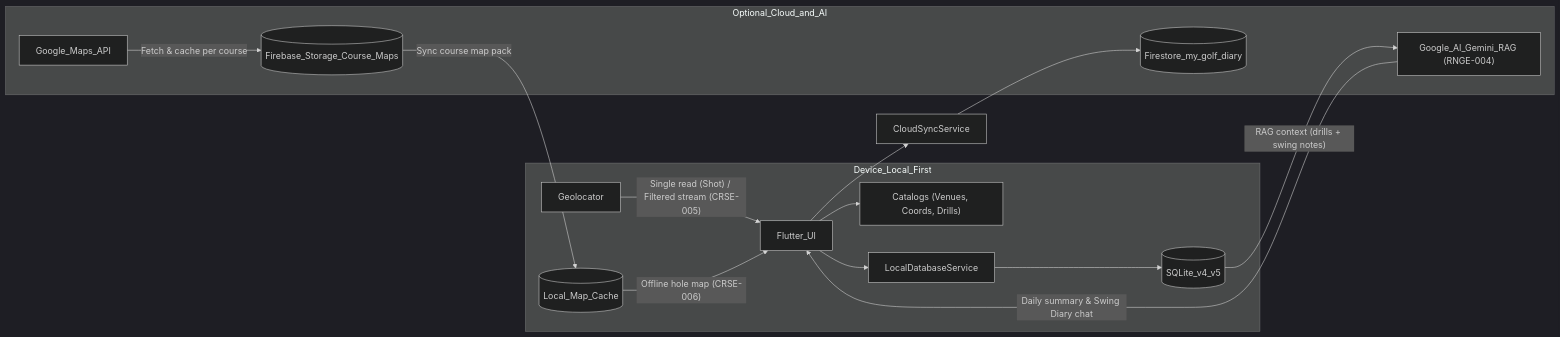
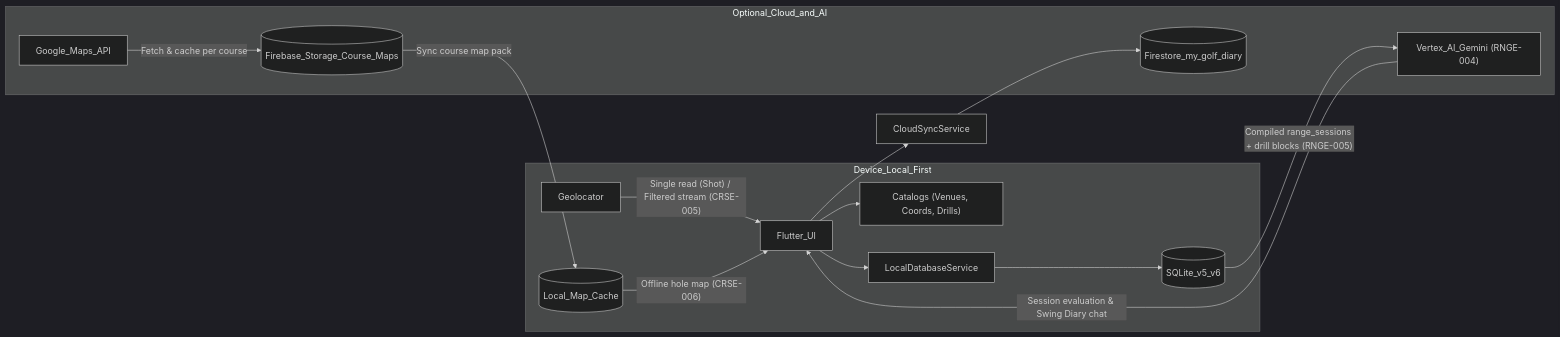
The first of 4 diagrams in docs/context/Architecture.md (ograva/My-Golf-Diary), drawn with Mermaid (dark theme) before and after one commit. The commit also changed other lines of this file and 10 other files, not shown here.

First line of the commit message:
docs(prd,arch): add RNGE-005 session note and compiled range session log (#28)

````diff
--- a/docs/context/Architecture.md
+++ b/docs/context/Architecture.md
@@ -21,28 +21,28 @@
 ```mermaid
 flowchart LR
   subgraph device [Device_Local_First]
     UI[Flutter_UI]
     CAT["Catalogs (Venues, Coords, Drills)"]
     LDS[LocalDatabaseService]
-    DB[(SQLite_v4_v5)]
+    DB[(SQLite_v5_v6)]
     CACHE[(Local_Map_Cache)]
     GPS[Geolocator]
     UI --> CAT
     UI --> LDS
     LDS --> DB
     GPS -->|"Single read (Shot) / Filtered stream (CRSE-005)"| UI
     CACHE -->|"Offline hole map (CRSE-006)"| UI
   end
   subgraph cloud [Optional_Cloud_and_AI]
     FS[(Firestore_my_golf_diary)]
     FST[(Firebase_Storage_Course_Maps)]
     GMAPS[Google_Maps_API]
-    GEMINI["Google_AI_Gemini_RAG (RNGE-004)"]
+    GEMINI["Vertex_AI_Gemini (RNGE-004)"]
   end
   CS[CloudSyncService] --> FS
   UI --> CS
   GMAPS -->|"Fetch & cache per course"| FST
   FST -->|"Sync course map pack"| CACHE
-  DB -->|"RAG context (drills + swing notes)"| GEMINI
-  GEMINI -->|"Daily summary & Swing Diary chat"| UI
+  DB -->|"Compiled range_sessions + drill blocks (RNGE-005)"| GEMINI
+  GEMINI -->|"Session evaluation & Swing Diary chat"| UI
 ```
````
